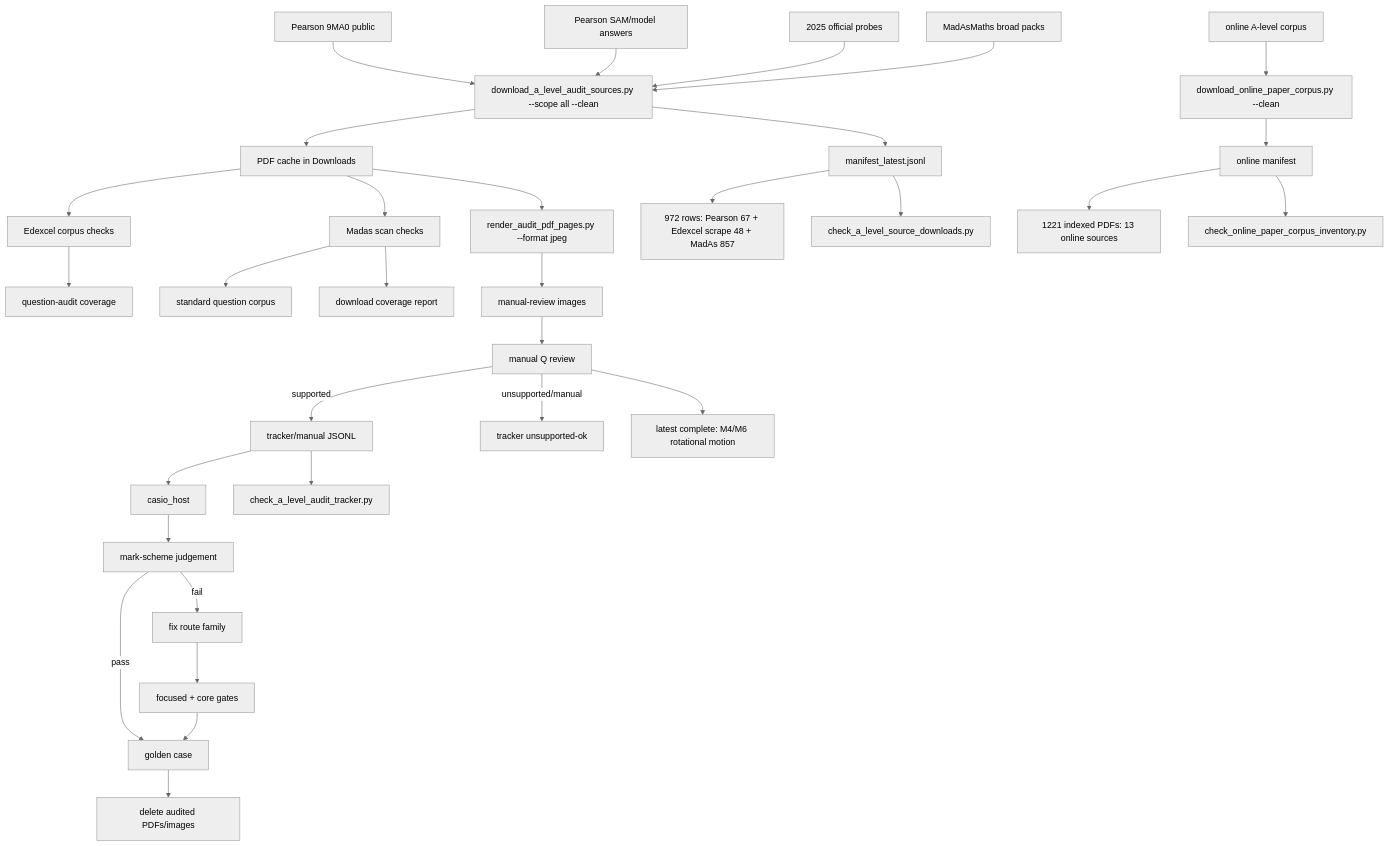
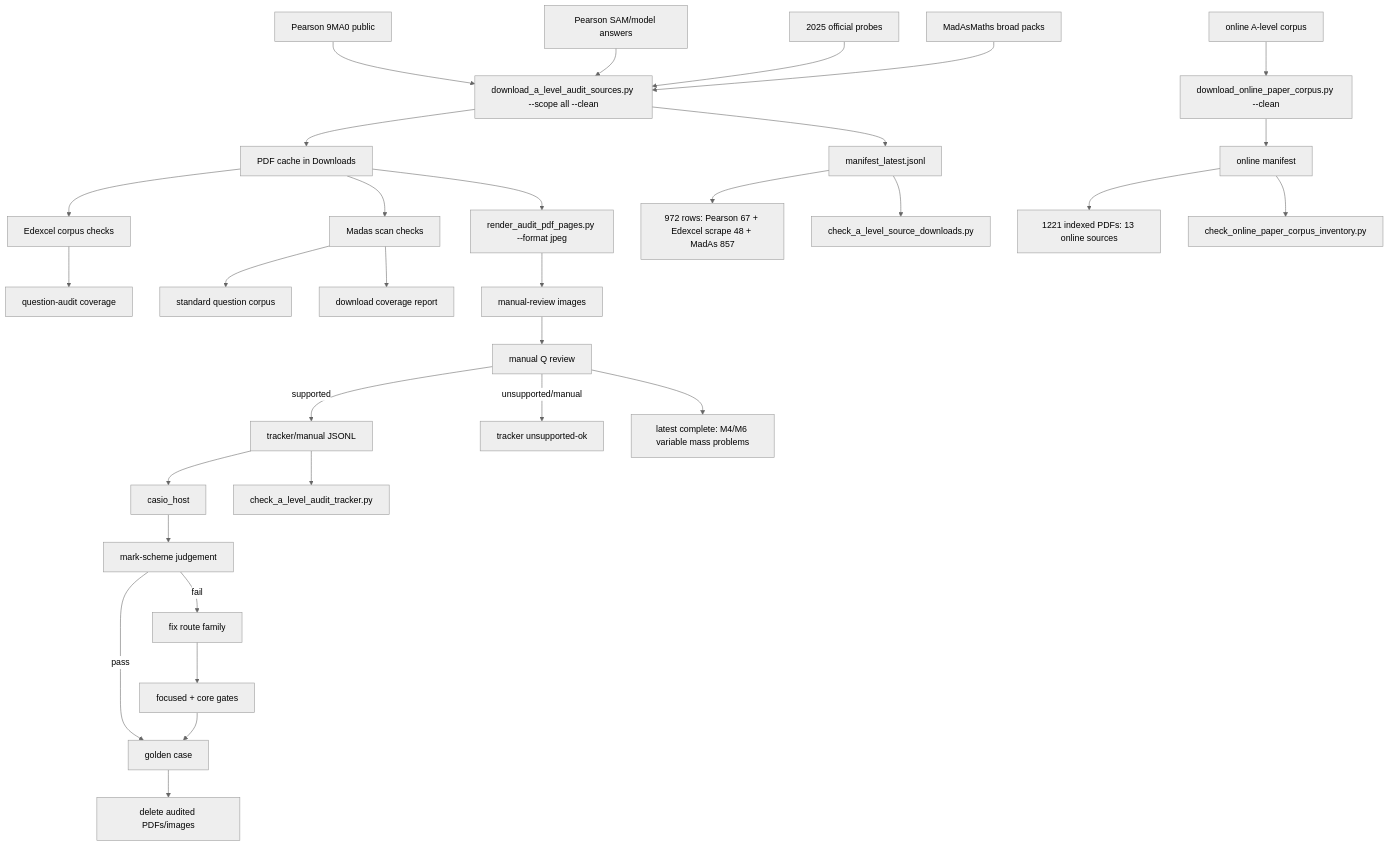
The diagram in c++/tools/golden/a_level_audit_graph.md (james8464/notes-addin-casio-fx-cg50), drawn with Mermaid (neutral theme) before and after one commit. The commit also changed other lines of this file and 2 other files, not shown here.

Commit message:
Audit M4 M6 variable mass booklet

````diff
--- a/c++/tools/golden/a_level_audit_graph.md
+++ b/c++/tools/golden/a_level_audit_graph.md
@@ -3,34 +3,34 @@
 ```mermaid
 graph TD
   E1["Pearson 9MA0 public"] --> D["download_a_level_audit_sources.py --scope all --clean"]
   E2["Pearson SAM/model answers"] --> D
   E3["2025 official probes"] --> D
   M1["MadAsMaths broad packs"] --> D
   O1["online A-level corpus"] --> OD["download_online_paper_corpus.py --clean"]
   D --> P["PDF cache in Downloads"]
   D --> X["manifest_latest.jsonl"]
   OD --> OX["online manifest"]
   X --> XC["972 rows: Pearson 67 + Edexcel scrape 48 + MadAs 857"]
   OX --> OC["1221 indexed PDFs: 13 online sources"]
   X --> V["check_a_level_source_downloads.py"]
   OX --> OV["check_online_paper_corpus_inventory.py"]
   P --> E["Edexcel corpus checks"]
   E --> EQ["question-audit coverage"]
   P --> S["Madas scan checks"]
   S --> M["standard question corpus"]
   S --> MC["download coverage report"]
   P --> R["render_audit_pdf_pages.py --format jpeg"]
   R --> I["manual-review images"]
   I --> Q["manual Q review"]
   Q -->|supported| J["tracker/manual JSONL"]
   Q -->|unsupported/manual| U["tracker unsupported-ok"]
   J --> H["casio_host"]
   J --> K["check_a_level_audit_tracker.py"]
   H --> C["mark-scheme judgement"]
   C -->|pass| G["golden case"]
   C -->|fail| F["fix route family"]
   F --> T["focused + core gates"]
   T --> G
   G --> Z["delete audited PDFs/images"]
-  Q --> Qt["latest complete: M4/M6 rotational motion"]
+  Q --> Qt["latest complete: M4/M6 variable mass problems"]
 ```
````
